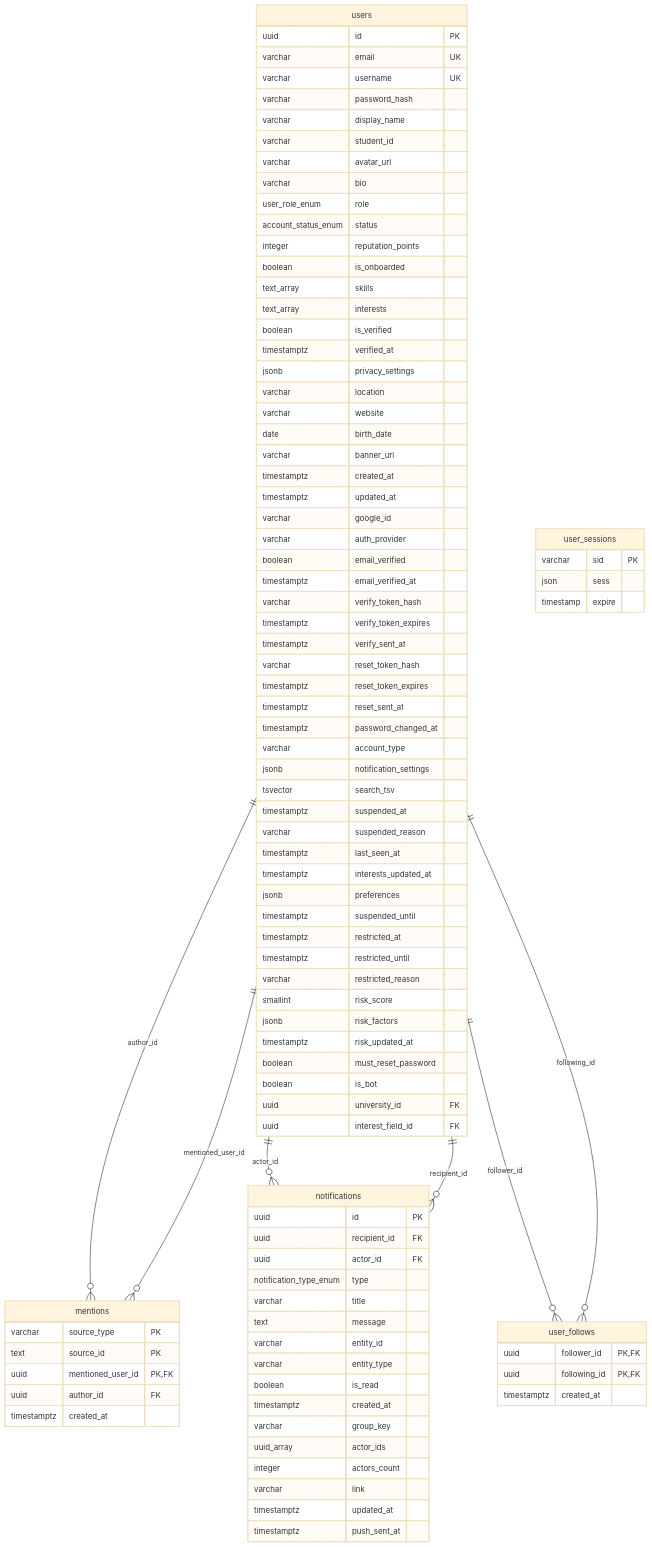
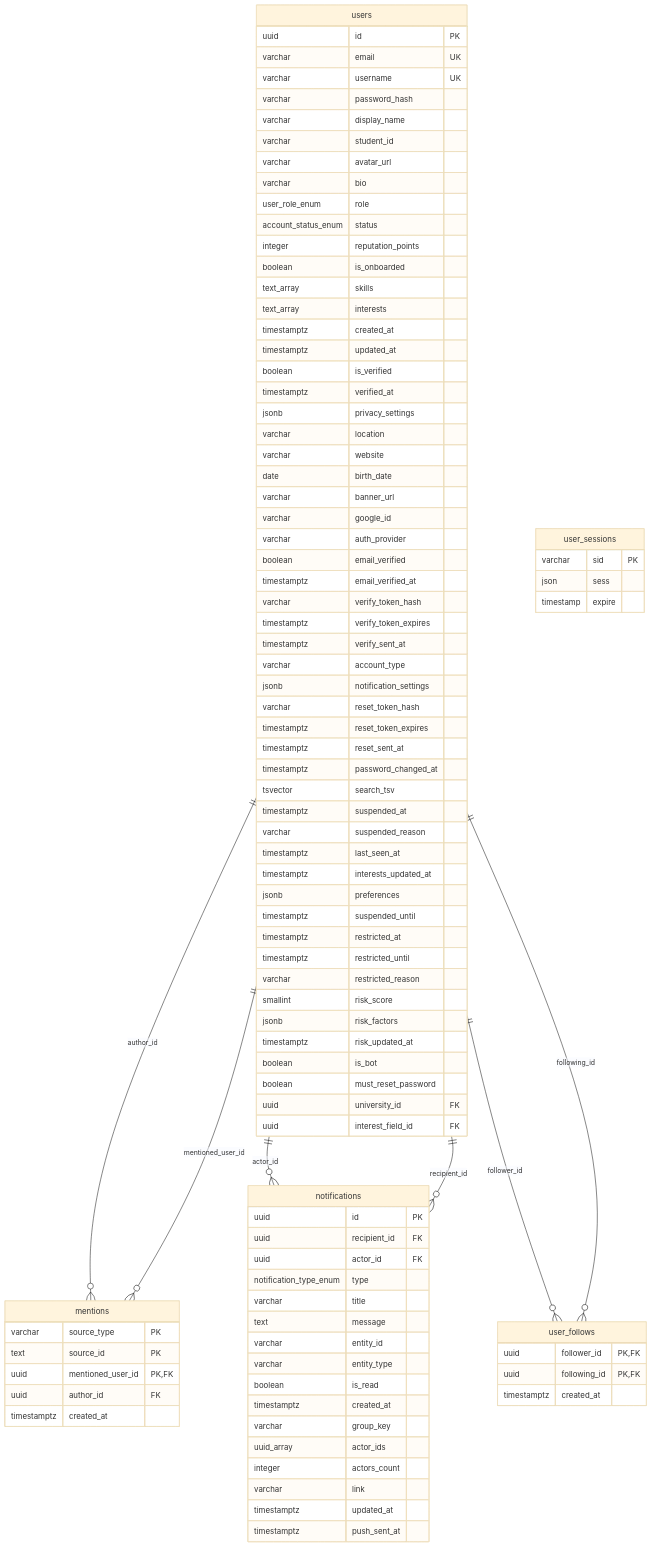
Before and after one commit to nhatcoi/pu-connect: the second of 7 diagrams in docs/diagrams/04-erd.md, drawn with Mermaid (base theme). The commit also changed other lines of this file and 39 other files, not shown here.

```diff
--- a/docs/diagrams/04-erd.md
+++ b/docs/diagrams/04-erd.md
@@ -198,6 +231,8 @@
     boolean is_onboarded
     text_array skills
     text_array interests
+    timestamptz created_at
+    timestamptz updated_at
     boolean is_verified
     timestamptz verified_at
     jsonb privacy_settings
@@ -205,8 +240,6 @@
     varchar website
     date birth_date
     varchar banner_url
-    timestamptz created_at
-    timestamptz updated_at
     varchar google_id
     varchar auth_provider
     boolean email_verified
@@ -214,12 +247,12 @@
     varchar verify_token_hash
     timestamptz verify_token_expires
     timestamptz verify_sent_at
+    varchar account_type
+    jsonb notification_settings
     varchar reset_token_hash
     timestamptz reset_token_expires
     timestamptz reset_sent_at
     timestamptz password_changed_at
-    varchar account_type
-    jsonb notification_settings
     tsvector search_tsv
     timestamptz suspended_at
     varchar suspended_reason
@@ -233,8 +266,8 @@
     smallint risk_score
     jsonb risk_factors
     timestamptz risk_updated_at
+    boolean is_bot
     boolean must_reset_password
-    boolean is_bot
     uuid university_id FK
     uuid interest_field_id FK
   }
```
